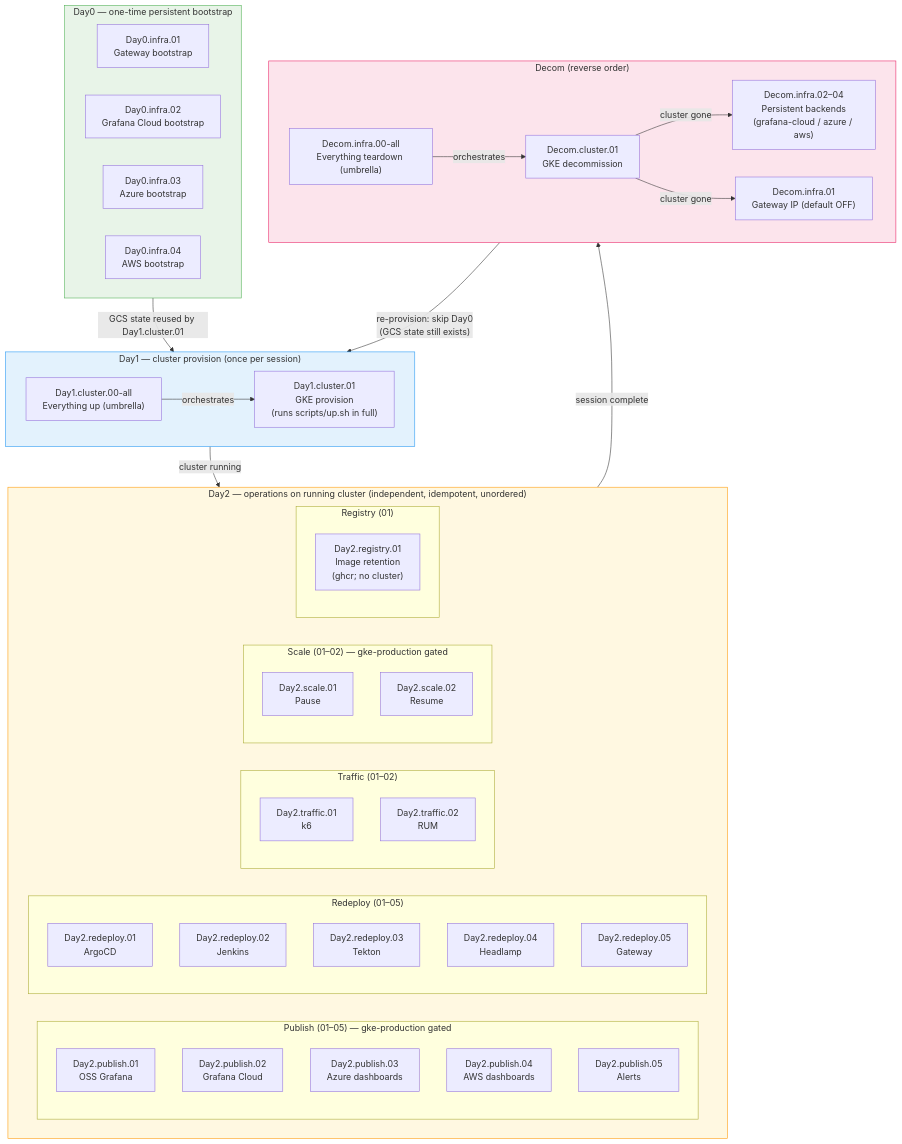
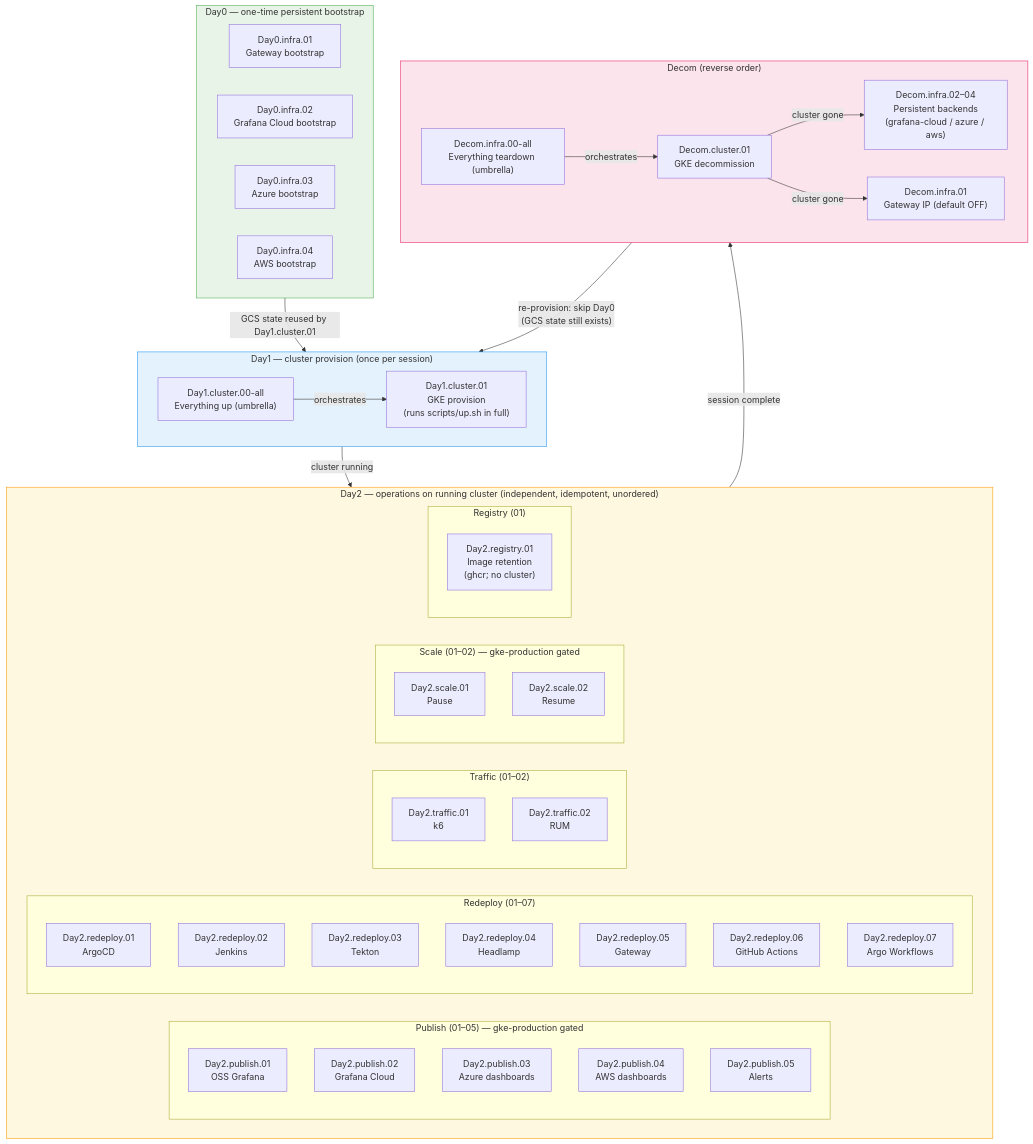
The seventh of 10 diagrams in docs/101-GITHUB_ACTIONS_WORKFLOWS.md (nubenetes/jenkins-2026), drawn with Mermaid before and after one commit. The commit also changed other lines of this file and 8 other files, not shown here.

````diff
--- a/docs/101-GITHUB_ACTIONS_WORKFLOWS.md
+++ b/docs/101-GITHUB_ACTIONS_WORKFLOWS.md
@@ -504,67 +512,69 @@
 ```mermaid
 flowchart TD
     subgraph D0["Day0 — one-time persistent bootstrap"]
         direction LR
         w0101["Day0.infra.01<br/>Gateway bootstrap"]
         w0102["Day0.infra.02<br/>Grafana Cloud bootstrap"]
         w0103["Day0.infra.03<br/>Azure bootstrap"]
         w0104["Day0.infra.04<br/>AWS bootstrap"]
     end
 
     subgraph D1["Day1 — cluster provision (once per session)"]
         direction LR
         w0200["Day1.cluster.00-all<br/>Everything up (umbrella)"]
         w0201["Day1.cluster.01<br/>GKE provision<br/>(runs scripts/up.sh in full)"]
         w0200 -->|"orchestrates"| w0201
     end
 
     subgraph D2["Day2 — operations on running cluster (independent, idempotent, unordered)"]
         direction LR
         subgraph publish["Publish (01–05) — gke-production gated"]
             w5101["Day2.publish.01<br/>OSS Grafana"]
             w5102["Day2.publish.02<br/>Grafana Cloud"]
             w5103["Day2.publish.03<br/>Azure dashboards"]
             w5104["Day2.publish.04<br/>AWS dashboards"]
             w5105["Day2.publish.05<br/>Alerts"]
         end
-        subgraph redeploy["Redeploy (01–05)"]
+        subgraph redeploy["Redeploy (01–07)"]
             w52ar["Day2.redeploy.01<br/>ArgoCD"]
             w5202["Day2.redeploy.02<br/>Jenkins"]
             w52tk2["Day2.redeploy.03<br/>Tekton"]
             w5203["Day2.redeploy.04<br/>Headlamp"]
             w5205["Day2.redeploy.05<br/>Gateway"]
+            w5206["Day2.redeploy.06<br/>GitHub Actions"]
+            w5207["Day2.redeploy.07<br/>Argo Workflows"]
         end
         subgraph traffic["Traffic (01–02)"]
             w5901["Day2.traffic.01<br/>k6"]
             w5902["Day2.traffic.02<br/>RUM"]
         end
         subgraph scale["Scale (01–02) — gke-production gated"]
             w5301["Day2.scale.01<br/>Pause"]
             w5302["Day2.scale.02<br/>Resume"]
         end
         subgraph registry["Registry (01)"]
             w5401["Day2.registry.01<br/>Image retention<br/>(ghcr; no cluster)"]
         end
     end
 
     subgraph DECOM["Decom (reverse order)"]
         direction LR
         w9000["Decom.infra.00-all<br/>Everything teardown (umbrella)"]
         w9101["Decom.cluster.01<br/>GKE decommission"]
         w9201["Decom.infra.01<br/>Gateway IP (default OFF)"]
         w92xx["Decom.infra.02–04<br/>Persistent backends<br/>(grafana-cloud / azure / aws)"]
         w9000 -->|"orchestrates"| w9101
         w9101 -->|"cluster gone"| w92xx
         w9101 -->|"cluster gone"| w9201
     end
 
     D0 -->|"GCS state reused by Day1.cluster.01"| D1
     D1 -->|"cluster running"| D2
     D2 -->|"session complete"| DECOM
     DECOM -->|"re-provision: skip Day0<br/>(GCS state still exists)"| D1
 
     style D0 fill:#e8f4e8,stroke:#4caf50
     style D1 fill:#e3f2fd,stroke:#2196f3
     style D2 fill:#fff8e1,stroke:#ff9800
     style DECOM fill:#fce4ec,stroke:#e91e63
 ```
````
